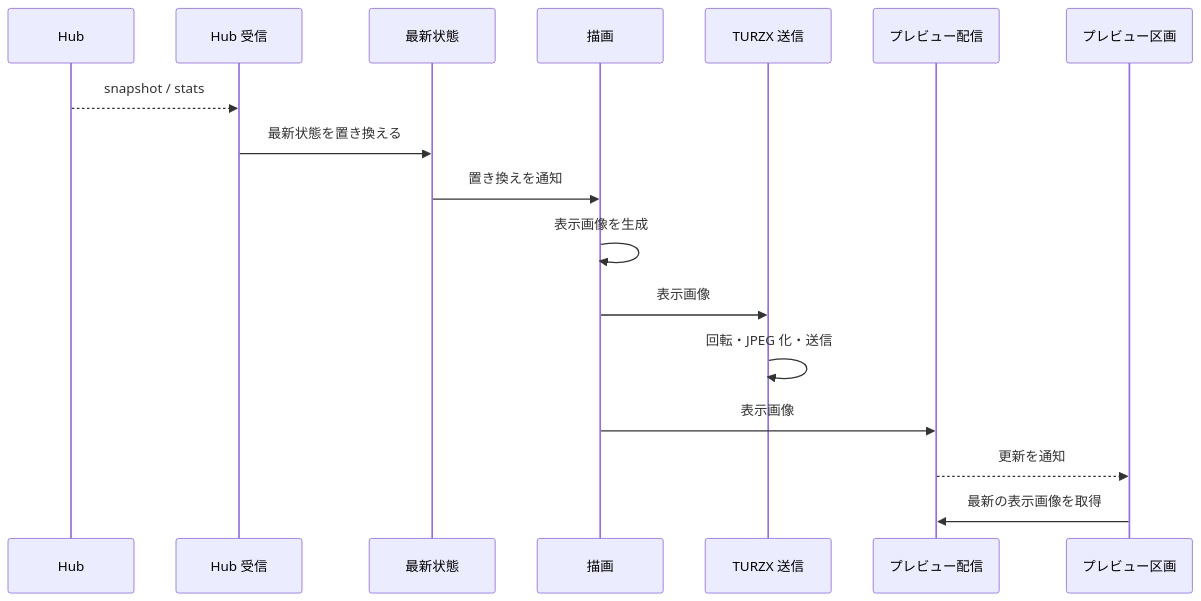
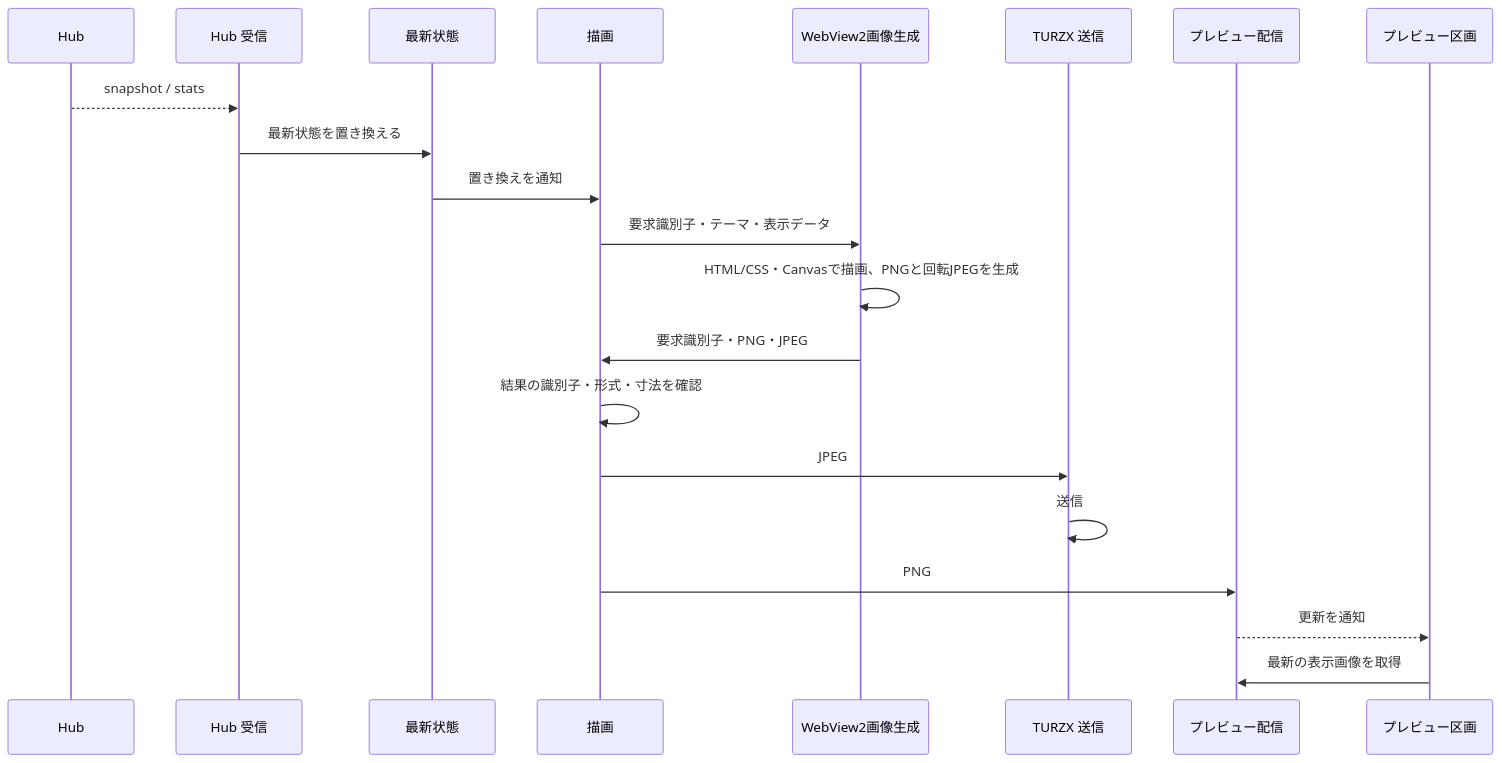
Before and after one commit to nuitsjp/token-dashboard: the diagram in docs/design/UCP-1.md, drawn with Mermaid. The commit also changed other lines of this file and 50 other files, not shown here.

````diff
--- a/docs/design/UCP-1.md
+++ b/docs/design/UCP-1.md
@@ -16,19 +18,23 @@
 ```mermaid
 sequenceDiagram
   participant Hub as Hub
   participant R as Hub 受信
   participant St as 最新状態
   participant D as 描画
+  participant C as WebView2画像生成
   participant T as TURZX 送信
   participant P as プレビュー配信
   participant UI as プレビュー区画
   Hub-->>R: snapshot / stats
   R->>St: 最新状態を置き換える
   St->>D: 置き換えを通知
-  D->>D: 表示画像を生成
-  D->>T: 表示画像
-  T->>T: 回転・JPEG 化・送信
-  D->>P: 表示画像
+  D->>C: 要求識別子・テーマ・表示データ
+  C->>C: HTML/CSS・Canvasで描画、PNGと回転JPEGを生成
+  C->>D: 要求識別子・PNG・JPEG
+  D->>D: 結果の識別子・形式・寸法を確認
+  D->>T: JPEG
+  T->>T: 送信
+  D->>P: PNG
   P-->>UI: 更新を通知
   UI->>P: 最新の表示画像を取得
 ```
````
